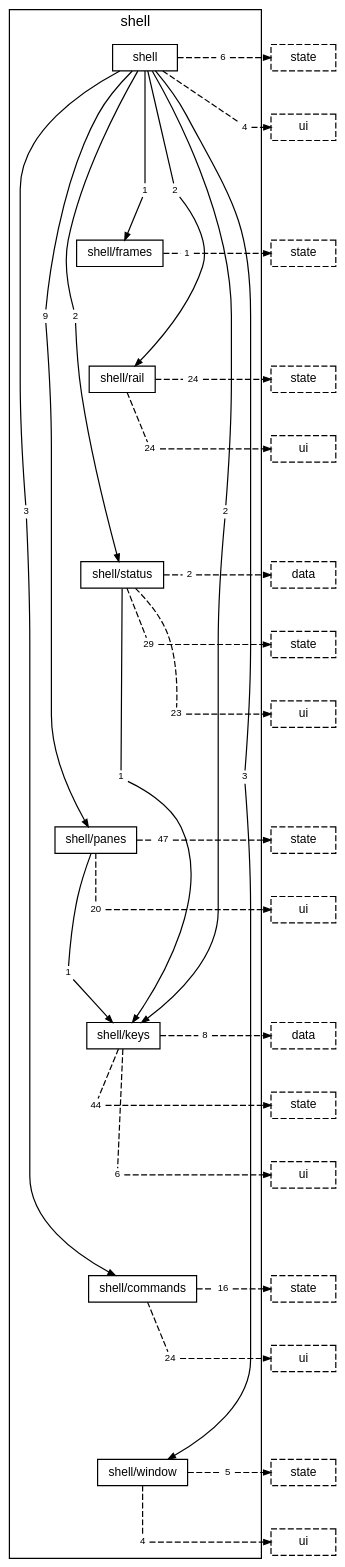
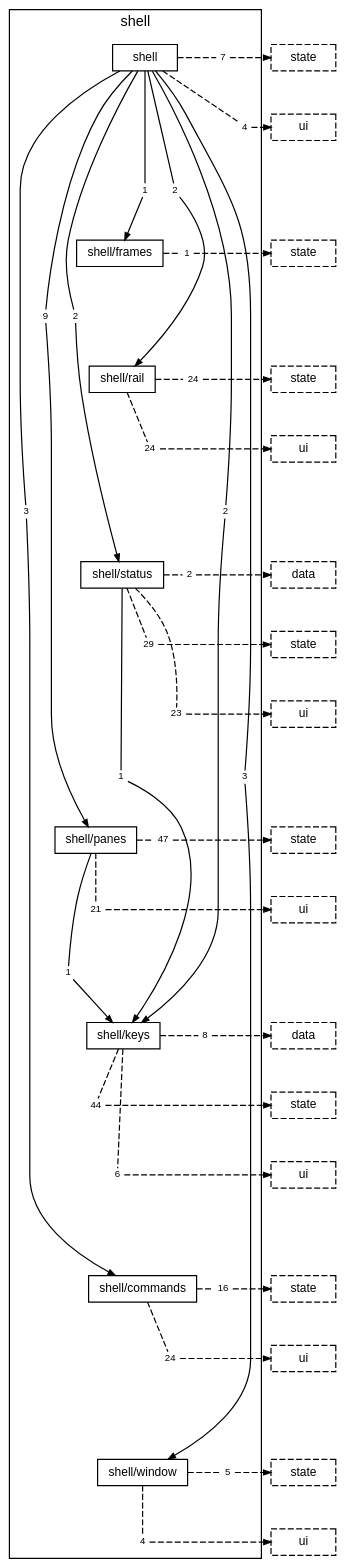
The diagram in docs/diagrams/layer-shell.dot (TheAxeC/oculus), drawn with Graphviz before and after one commit. The commit also changed 230 other files, not shown here.

```diff
--- a/docs/diagrams/layer-shell.dot
+++ b/docs/diagrams/layer-shell.dot
@@ -1,135 +1,135 @@
 digraph layer_shell {
     graph [bgcolor="transparent", rankdir=TB, newrank=true, mclimit=4, fontname="Helvetica,Arial,sans-serif", fontsize=12, nodesep=0.2, ranksep=0.5];
     node [shape=box, color="black", fontcolor="black", fontname="Helvetica,Arial,sans-serif", fontsize=10, height=0.3, margin="0.12,0.04"];
     edge [color="black", fontcolor="black", fontname="Helvetica,Arial,sans-serif", fontsize=8, arrowsize=0.6];
     subgraph "cluster_shell" {
         label="shell"; style=solid;
         "folder shell" [label="shell"];
         "folder shell/frames" [label="shell/frames"];
         "folder shell/rail" [label="shell/rail"];
         "folder shell/status" [label="shell/status"];
         "folder shell/panes" [label="shell/panes"];
         "folder shell/keys" [label="shell/keys"];
         "folder shell/commands" [label="shell/commands"];
         "folder shell/window" [label="shell/window"];
         "folder shell to folder shell/commands" [label="3", shape=box, color="transparent", fontsize=8, width=0, height=0, margin="0.04,0.02"];
         "folder shell to folder shell/frames" [label="1", shape=box, color="transparent", fontsize=8, width=0, height=0, margin="0.04,0.02"];
         "folder shell to folder shell/keys" [label="2", shape=box, color="transparent", fontsize=8, width=0, height=0, margin="0.04,0.02"];
         "folder shell to folder shell/panes" [label="9", shape=box, color="transparent", fontsize=8, width=0, height=0, margin="0.04,0.02"];
         "folder shell to folder shell/rail" [label="2", shape=box, color="transparent", fontsize=8, width=0, height=0, margin="0.04,0.02"];
         "folder shell to folder shell/status" [label="2", shape=box, color="transparent", fontsize=8, width=0, height=0, margin="0.04,0.02"];
         "folder shell to folder shell/window" [label="3", shape=box, color="transparent", fontsize=8, width=0, height=0, margin="0.04,0.02"];
-        "folder shell to layer state" [label="6", shape=box, color="transparent", fontsize=8, width=0, height=0, margin="0.04,0.02"];
+        "folder shell to layer state" [label="7", shape=box, color="transparent", fontsize=8, width=0, height=0, margin="0.04,0.02"];
         "folder shell to layer ui" [label="4", shape=box, color="transparent", fontsize=8, width=0, height=0, margin="0.04,0.02"];
         "folder shell/frames to layer state" [label="1", shape=box, color="transparent", fontsize=8, width=0, height=0, margin="0.04,0.02"];
         "folder shell/rail to layer state" [label="24", shape=box, color="transparent", fontsize=8, width=0, height=0, margin="0.04,0.02"];
         "folder shell/rail to layer ui" [label="24", shape=box, color="transparent", fontsize=8, width=0, height=0, margin="0.04,0.02"];
         "folder shell/status to folder shell/keys" [label="1", shape=box, color="transparent", fontsize=8, width=0, height=0, margin="0.04,0.02"];
         "folder shell/status to layer data" [label="2", shape=box, color="transparent", fontsize=8, width=0, height=0, margin="0.04,0.02"];
         "folder shell/status to layer state" [label="29", shape=box, color="transparent", fontsize=8, width=0, height=0, margin="0.04,0.02"];
         "folder shell/status to layer ui" [label="23", shape=box, color="transparent", fontsize=8, width=0, height=0, margin="0.04,0.02"];
         "folder shell/panes to folder shell/keys" [label="1", shape=box, color="transparent", fontsize=8, width=0, height=0, margin="0.04,0.02"];
         "folder shell/panes to layer state" [label="47", shape=box, color="transparent", fontsize=8, width=0, height=0, margin="0.04,0.02"];
-        "folder shell/panes to layer ui" [label="20", shape=box, color="transparent", fontsize=8, width=0, height=0, margin="0.04,0.02"];
+        "folder shell/panes to layer ui" [label="21", shape=box, color="transparent", fontsize=8, width=0, height=0, margin="0.04,0.02"];
         "folder shell/keys to layer data" [label="8", shape=box, color="transparent", fontsize=8, width=0, height=0, margin="0.04,0.02"];
         "folder shell/keys to layer state" [label="44", shape=box, color="transparent", fontsize=8, width=0, height=0, margin="0.04,0.02"];
         "folder shell/keys to layer ui" [label="6", shape=box, color="transparent", fontsize=8, width=0, height=0, margin="0.04,0.02"];
         "folder shell/commands to layer state" [label="16", shape=box, color="transparent", fontsize=8, width=0, height=0, margin="0.04,0.02"];
         "folder shell/commands to layer ui" [label="24", shape=box, color="transparent", fontsize=8, width=0, height=0, margin="0.04,0.02"];
         "folder shell/window to layer state" [label="5", shape=box, color="transparent", fontsize=8, width=0, height=0, margin="0.04,0.02"];
         "folder shell/window to layer ui" [label="4", shape=box, color="transparent", fontsize=8, width=0, height=0, margin="0.04,0.02"];
     }
     "layer state from folder shell" [label="state", style=dashed];
     "layer ui from folder shell" [label="ui", style=dashed];
     "layer state from folder shell/frames" [label="state", style=dashed];
     "layer state from folder shell/rail" [label="state", style=dashed];
     "layer ui from folder shell/rail" [label="ui", style=dashed];
     "layer data from folder shell/status" [label="data", style=dashed];
     "layer state from folder shell/status" [label="state", style=dashed];
     "layer ui from folder shell/status" [label="ui", style=dashed];
     "layer state from folder shell/panes" [label="state", style=dashed];
     "layer ui from folder shell/panes" [label="ui", style=dashed];
     "layer data from folder shell/keys" [label="data", style=dashed];
     "layer state from folder shell/keys" [label="state", style=dashed];
     "layer ui from folder shell/keys" [label="ui", style=dashed];
     "layer state from folder shell/commands" [label="state", style=dashed];
     "layer ui from folder shell/commands" [label="ui", style=dashed];
     "layer state from folder shell/window" [label="state", style=dashed];
     "layer ui from folder shell/window" [label="ui", style=dashed];
     "folder shell" -> "folder shell/frames" [style=invis, weight=10, minlen=3];
     "folder shell/frames" -> "folder shell/rail" [style=invis, weight=10, minlen=2];
     "folder shell/rail" -> "folder shell/status" [style=invis, weight=10, minlen=3];
     "folder shell/status" -> "folder shell/panes" [style=invis, weight=10, minlen=4];
     "folder shell/panes" -> "folder shell/keys" [style=invis, weight=10, minlen=3];
     "folder shell/keys" -> "folder shell/commands" [style=invis, weight=10, minlen=4];
     "folder shell/commands" -> "folder shell/window" [style=invis, weight=10, minlen=3];
     "folder shell" -> "folder shell to folder shell/commands" [arrowhead=none, minlen=7, weight=10];
     "folder shell to folder shell/commands" -> "folder shell/commands" [];
     "folder shell" -> "folder shell to folder shell/frames" [arrowhead=none, minlen=2, weight=10];
     "folder shell to folder shell/frames" -> "folder shell/frames" [];
     "folder shell" -> "folder shell to folder shell/keys" [arrowhead=none, minlen=7, weight=10];
     "folder shell to folder shell/keys" -> "folder shell/keys" [];
     "folder shell" -> "folder shell to folder shell/panes" [arrowhead=none, minlen=4, weight=10];
     "folder shell to folder shell/panes" -> "folder shell/panes" [];
     "folder shell" -> "folder shell to folder shell/rail" [arrowhead=none, minlen=2, weight=10];
     "folder shell to folder shell/rail" -> "folder shell/rail" [];
     "folder shell" -> "folder shell to folder shell/status" [arrowhead=none, minlen=4, weight=10];
     "folder shell to folder shell/status" -> "folder shell/status" [];
     "folder shell" -> "folder shell to folder shell/window" [arrowhead=none, minlen=11, weight=10];
     "folder shell to folder shell/window" -> "folder shell/window" [];
     "folder shell" -> "folder shell to layer state" [arrowhead=none, style=dashed];
     "folder shell to layer state" -> "layer state from folder shell" [style=dashed];
     { rank=same; "folder shell"; "folder shell to layer state"; "layer state from folder shell"; }
     "folder shell" -> "folder shell to layer ui" [arrowhead=none, style=dashed, minlen=1, weight=10];
     "folder shell to layer ui" -> "layer ui from folder shell" [style=dashed];
     { rank=same; "folder shell to layer ui"; "layer ui from folder shell"; }
     "folder shell/frames" -> "folder shell/frames to layer state" [arrowhead=none, style=dashed];
     "folder shell/frames to layer state" -> "layer state from folder shell/frames" [style=dashed];
     { rank=same; "folder shell/frames"; "folder shell/frames to layer state"; "layer state from folder shell/frames"; }
     "folder shell/rail" -> "folder shell/rail to layer state" [arrowhead=none, style=dashed];
     "folder shell/rail to layer state" -> "layer state from folder shell/rail" [style=dashed];
     { rank=same; "folder shell/rail"; "folder shell/rail to layer state"; "layer state from folder shell/rail"; }
     "folder shell/rail" -> "folder shell/rail to layer ui" [arrowhead=none, style=dashed, minlen=1, weight=10];
     "folder shell/rail to layer ui" -> "layer ui from folder shell/rail" [style=dashed];
     { rank=same; "folder shell/rail to layer ui"; "layer ui from folder shell/rail"; }
     "folder shell/status" -> "folder shell/status to folder shell/keys" [arrowhead=none, minlen=3, weight=10];
     "folder shell/status to folder shell/keys" -> "folder shell/keys" [];
     "folder shell/status" -> "folder shell/status to layer data" [arrowhead=none, style=dashed];
     "folder shell/status to layer data" -> "layer data from folder shell/status" [style=dashed];
     { rank=same; "folder shell/status"; "folder shell/status to layer data"; "layer data from folder shell/status"; }
     "folder shell/status" -> "folder shell/status to layer state" [arrowhead=none, style=dashed, minlen=1, weight=10];
     "folder shell/status to layer state" -> "layer state from folder shell/status" [style=dashed];
     { rank=same; "folder shell/status to layer state"; "layer state from folder shell/status"; }
     "folder shell/status" -> "folder shell/status to layer ui" [arrowhead=none, style=dashed, minlen=2, weight=10];
     "folder shell/status to layer ui" -> "layer ui from folder shell/status" [style=dashed];
     { rank=same; "folder shell/status to layer ui"; "layer ui from folder shell/status"; }
     "folder shell/panes" -> "folder shell/panes to folder shell/keys" [arrowhead=none, minlen=2, weight=10];
     "folder shell/panes to folder shell/keys" -> "folder shell/keys" [];
     "folder shell/panes" -> "folder shell/panes to layer state" [arrowhead=none, style=dashed];
     "folder shell/panes to layer state" -> "layer state from folder shell/panes" [style=dashed];
     { rank=same; "folder shell/panes"; "folder shell/panes to layer state"; "layer state from folder shell/panes"; }
     "folder shell/panes" -> "folder shell/panes to layer ui" [arrowhead=none, style=dashed, minlen=1, weight=10];
     "folder shell/panes to layer ui" -> "layer ui from folder shell/panes" [style=dashed];
     { rank=same; "folder shell/panes to layer ui"; "layer ui from folder shell/panes"; }
     "folder shell/keys" -> "folder shell/keys to layer data" [arrowhead=none, style=dashed];
     "folder shell/keys to layer data" -> "layer data from folder shell/keys" [style=dashed];
     { rank=same; "folder shell/keys"; "folder shell/keys to layer data"; "layer data from folder shell/keys"; }
     "folder shell/keys" -> "folder shell/keys to layer state" [arrowhead=none, style=dashed, minlen=1, weight=10];
     "folder shell/keys to layer state" -> "layer state from folder shell/keys" [style=dashed];
     { rank=same; "folder shell/keys to layer state"; "layer state from folder shell/keys"; }
     "folder shell/keys" -> "folder shell/keys to layer ui" [arrowhead=none, style=dashed, minlen=2, weight=10];
     "folder shell/keys to layer ui" -> "layer ui from folder shell/keys" [style=dashed];
     { rank=same; "folder shell/keys to layer ui"; "layer ui from folder shell/keys"; }
     "folder shell/commands" -> "folder shell/commands to layer state" [arrowhead=none, style=dashed];
     "folder shell/commands to layer state" -> "layer state from folder shell/commands" [style=dashed];
     { rank=same; "folder shell/commands"; "folder shell/commands to layer state"; "layer state from folder shell/commands"; }
     "folder shell/commands" -> "folder shell/commands to layer ui" [arrowhead=none, style=dashed, minlen=1, weight=10];
     "folder shell/commands to layer ui" -> "layer ui from folder shell/commands" [style=dashed];
     { rank=same; "folder shell/commands to layer ui"; "layer ui from folder shell/commands"; }
     "folder shell/window" -> "folder shell/window to layer state" [arrowhead=none, style=dashed];
     "folder shell/window to layer state" -> "layer state from folder shell/window" [style=dashed];
     { rank=same; "folder shell/window"; "folder shell/window to layer state"; "layer state from folder shell/window"; }
     "folder shell/window" -> "folder shell/window to layer ui" [arrowhead=none, style=dashed, minlen=1, weight=10];
     "folder shell/window to layer ui" -> "layer ui from folder shell/window" [style=dashed];
     { rank=same; "folder shell/window to layer ui"; "layer ui from folder shell/window"; }
 }
```
